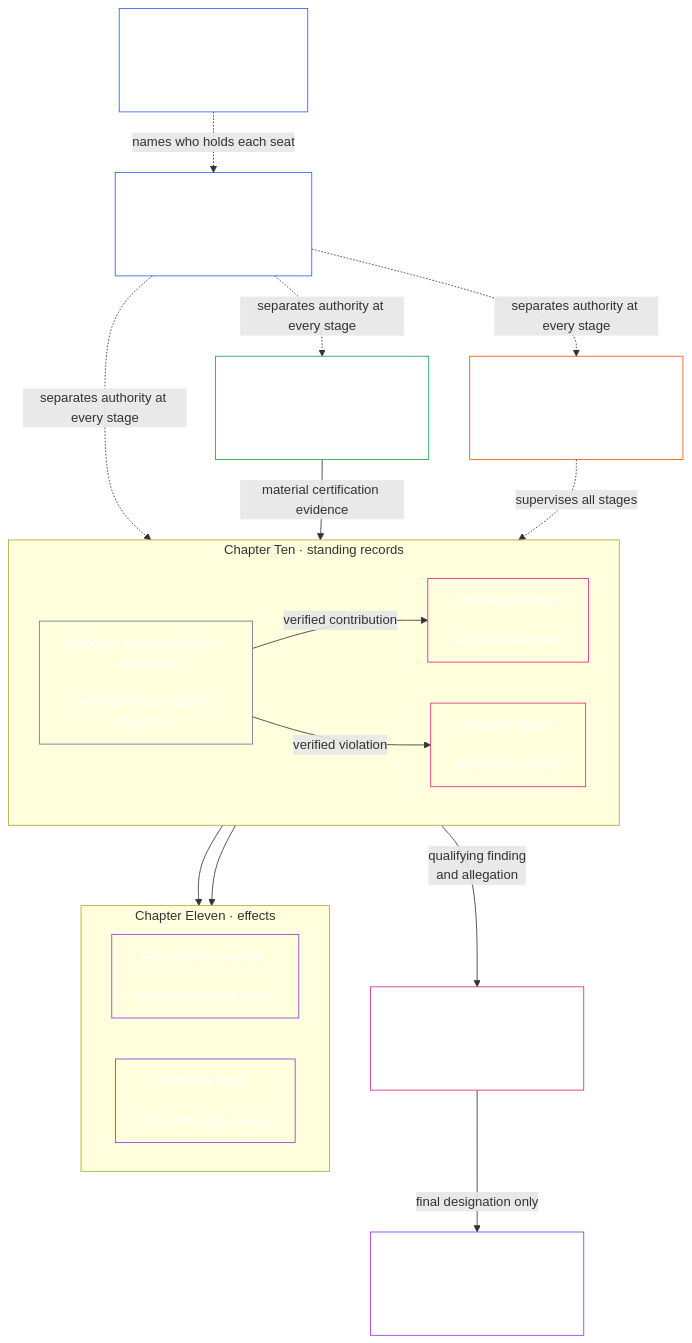
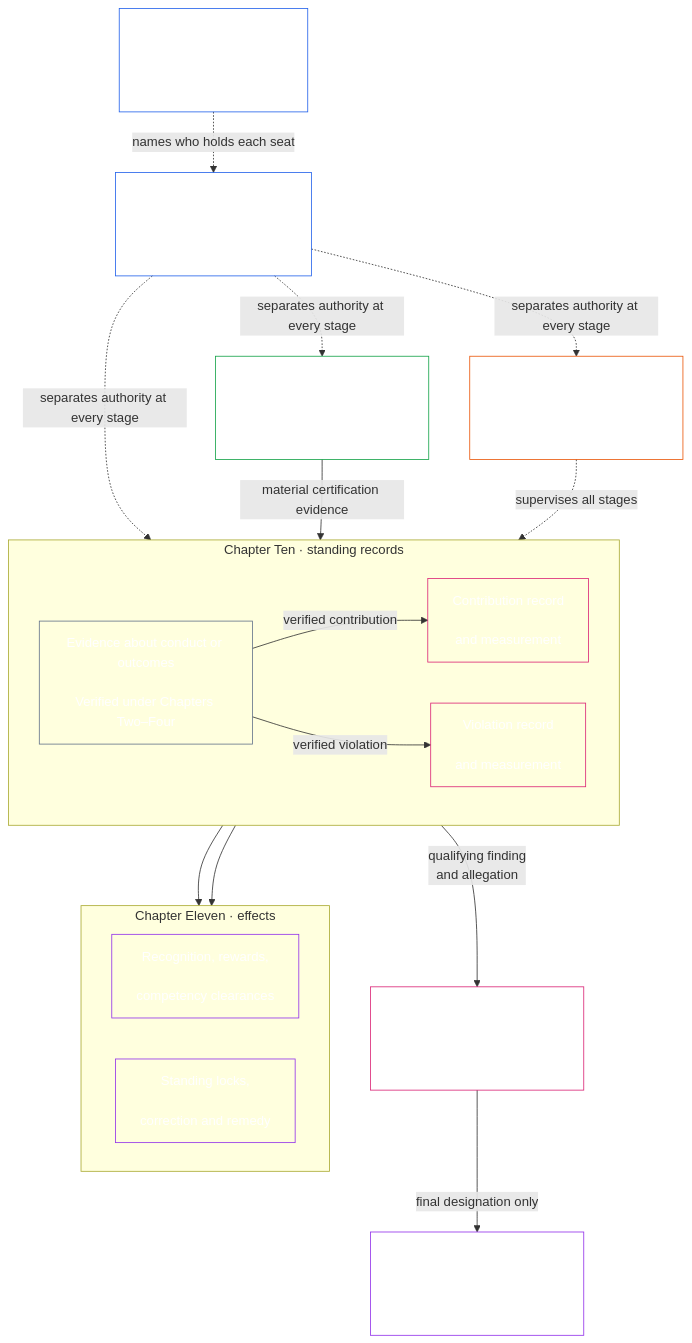
Diagram 15 of 24 in guides/CONCEPTUAL_OVERVIEW.md (kfoelsch/Sentient_Constitution), drawn with Mermaid before and after one commit. The commit also changed other lines of this file and 769 other files, not shown here.

````diff
--- a/guides/CONCEPTUAL_OVERVIEW.md
+++ b/guides/CONCEPTUAL_OVERVIEW.md
@@ -711,43 +711,43 @@
 ```mermaid
 flowchart TB
     K["Chapter Seven<br/><br/>System and Institutional<br/>Charters"]
-    D["Chapter Eight<br/><br/>Functional independence<br/>and segregation of duties"]
+    D["Chapter Eight<br/><br/>Functional independence<br/>and separation of duties"]
     S["Chapter Nine<br/><br/>System alignment certification"]
     subgraph Q["Chapter Ten · standing records"]
         direction LR
         E["Evidence about conduct or outcomes<br/><br/>Verified under Chapters Two–Four"]
         C["Contribution record<br/><br/>and measurement"]
         V["Violation record<br/><br/>and measurement"]
     end
     subgraph N["Chapter Eleven · effects"]
         direction LR
         U["Recognition, rewards,<br/><br/>competency clearances"]
         R["Standing locks,<br/><br/>correction and remedy"]
     end
     M["Chapter Twelve<br/><br/>Anti-constitutional misconduct review"]
     L["Chapter Eleven<br/><br/>Anti-Constitutional Trust Lock"]
     F["Chapter Thirteen forums<br/><br/>Supervision, challenge and timely review"]
     K -.->|names who holds each seat| D
     D -.->|separates authority at every stage| S
     D -.->|separates authority at every stage| E
     D -.->|separates authority at every stage| F
     C --> U
     V --> R
     M -->|final designation only| L
     V -->|qualifying finding<br/>and allegation| M
     S -->|material certification evidence| E
     E -->|verified contribution| C
     E -->|verified violation| V
     F -.->|supervises all stages| E
     style K fill:none,stroke:#2563eb,color:#ffffff
     style D fill:none,stroke:#2563eb,color:#ffffff
     style S fill:none,stroke:#16a34a,color:#ffffff
     style E fill:none,stroke:#64748b,color:#ffffff
     style C fill:none,stroke:#db2777,color:#ffffff
     style V fill:none,stroke:#db2777,color:#ffffff
     style U fill:none,stroke:#9333ea,color:#ffffff
     style R fill:none,stroke:#9333ea,color:#ffffff
     style M fill:none,stroke:#db2777,color:#ffffff
     style L fill:none,stroke:#9333ea,color:#ffffff
     style F fill:none,stroke:#ea580c,color:#ffffff
 ```
````
